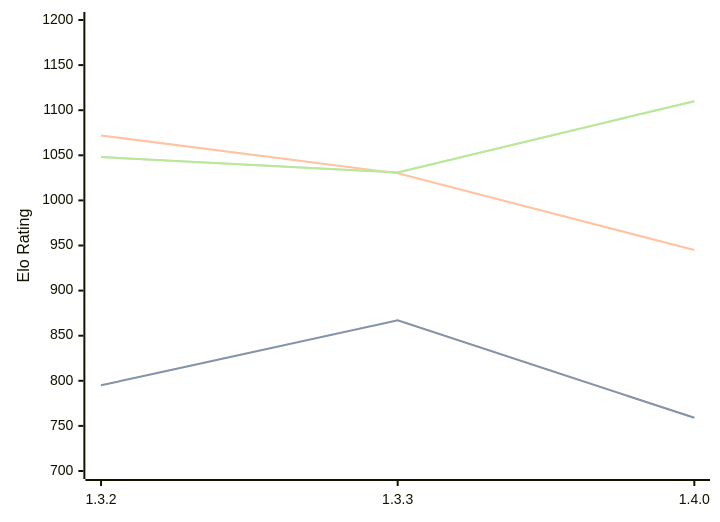
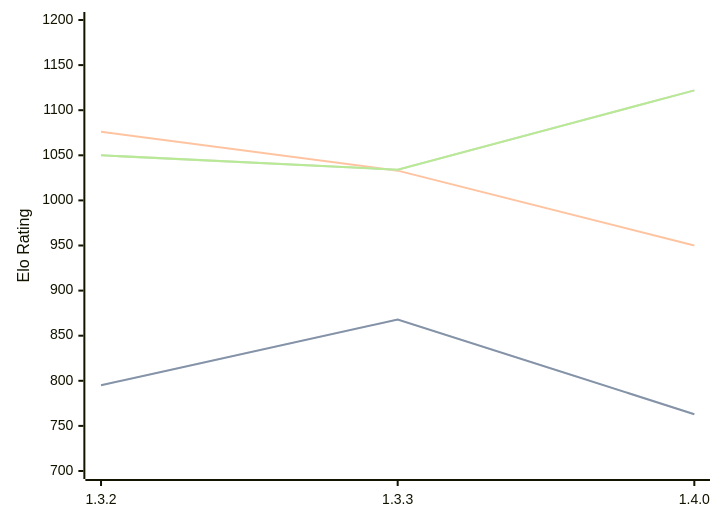
One commit to computer-chess-index/cci changed the diagram in engines/Whitespine.md. Above: the diagram before and after it, drawn with Mermaid. The commit also changed other lines of this file, not shown here.

Commit message:
Update CCI Ratings (ELO VLTC) - 2026-05-02

````diff
--- a/engines/Whitespine.md
+++ b/engines/Whitespine.md
@@ -36,11 +36,11 @@
 ```mermaid
 %%{init: {"theme":"base","themeVariables":{"seriesColors:['#a3a3a3','#222221','#faa371']}}}%%
 xychart-beta
   x-axis ["1.3.2", "1.3.3", "1.4.0"]
   y-axis "Elo Rating" 700 --> 1200
-  line "STC (8.0+0.08s)" [795, 867, 759]
-  line "STC (8.0+0.08s)" [795, 867, 759]
-  line "LTC (60.0+0.60s)" [1072, 1030, 945]
-  line "VLTC (2m24s+1.12s)" [1048, 1031, 1110]
-  line "VLTC (2m24s+1.12s)" [1048, 1031, 1110]
+  line "STC (8.0+0.08s)" [795, 868, 763]
+  line "STC (8.0+0.08s)" [795, 868, 763]
+  line "LTC (60.0+0.60s)" [1076, 1033, 950]
+  line "VLTC (2m24s+1.12s)" [1050, 1034, 1122]
+  line "VLTC (2m24s+1.12s)" [1050, 1034, 1122]
 ```
````
